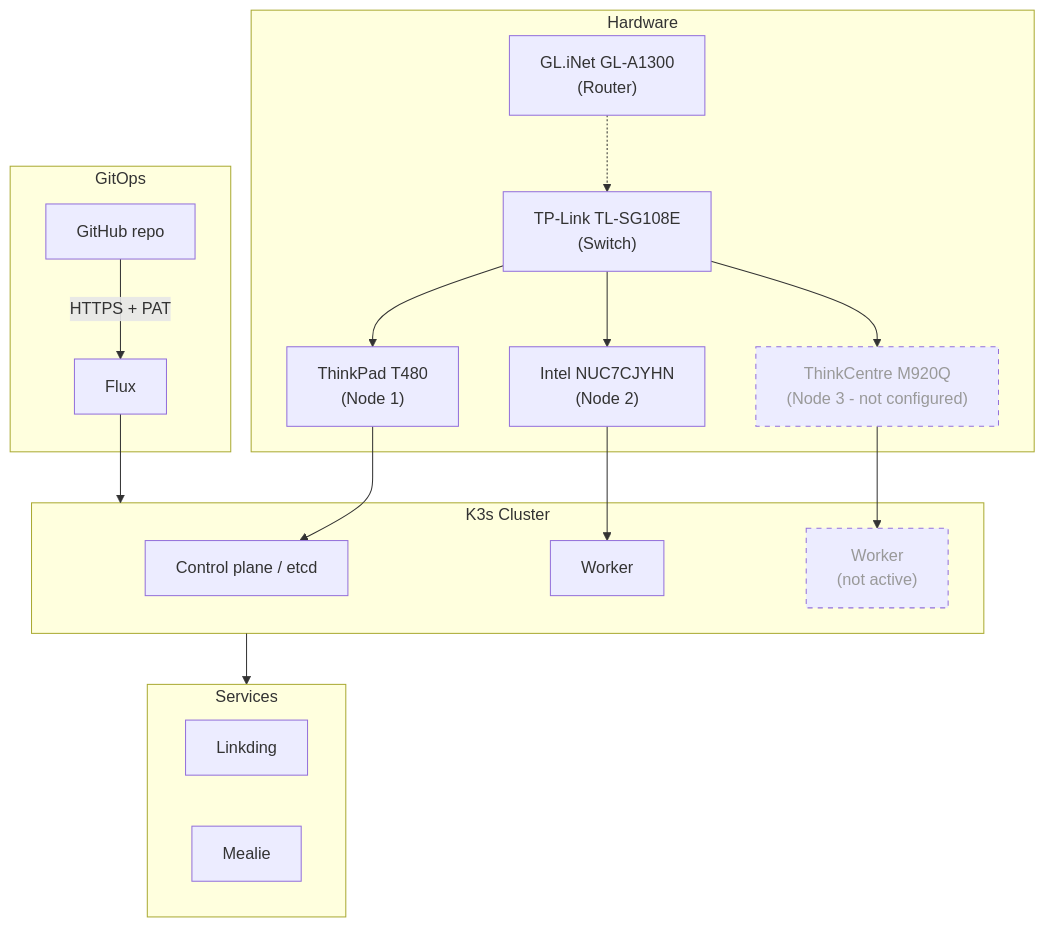
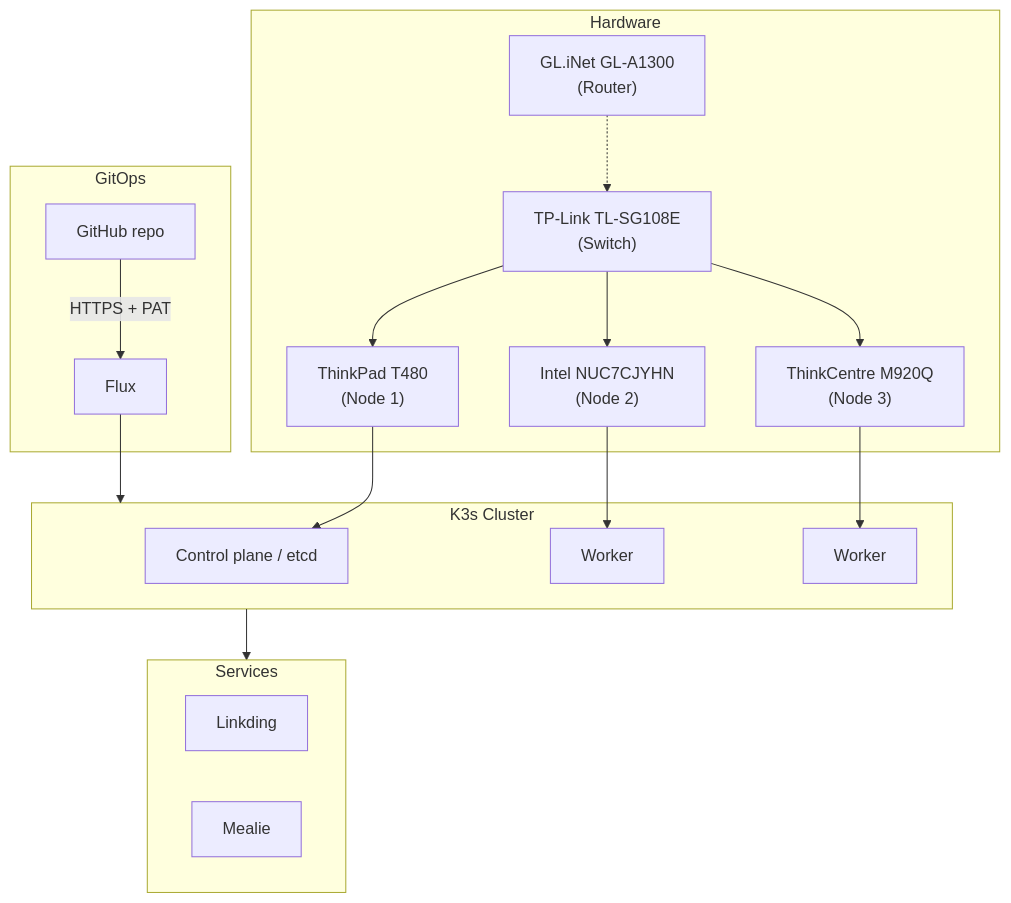
Before and after one commit to justintimejlew/homelab: the diagram in README.md, drawn with Mermaid. The commit also changed other lines of this file, not shown here.

````diff
--- a/README.md
+++ b/README.md
@@ -18,45 +18,42 @@
 ```mermaid
 flowchart TB
     subgraph HW["Hardware"]
         SW["TP-Link TL-SG108E
         (Switch)"]
         RTR["GL.iNet GL-A1300
         (Router)"]
         T480["ThinkPad T480
         (Node 1)"]
         NUC["Intel NUC7CJYHN
         (Node 2)"]
         M920["ThinkCentre M920Q
-        (Node 3 - not configured)"]
-        style M920 stroke-dasharray: 5 5,color:#999
+        (Node 3)"]
         SW --> T480
         SW --> NUC
         SW --> M920
         RTR -.-> SW
     end
 
     subgraph K3S["K3s Cluster"]
         CTRL[Control plane / etcd]
         WRK1[Worker]
-        WRK2["Worker
-        (not active)"]
-        style WRK2 stroke-dasharray: 5 5,color:#999
+        WRK2[Worker]
     end
 
     T480 --> CTRL
     NUC --> WRK1
     M920 --> WRK2
 
     subgraph GITOPS["GitOps"]
         GH[GitHub repo] -->|HTTPS + PAT| FLUX[Flux]
     end
 
     FLUX --> K3S
 
     subgraph SVC["Services"]
         LD[Linkding]
         ML[Mealie]
     end
 
     K3S --> SVC
 ```
````
